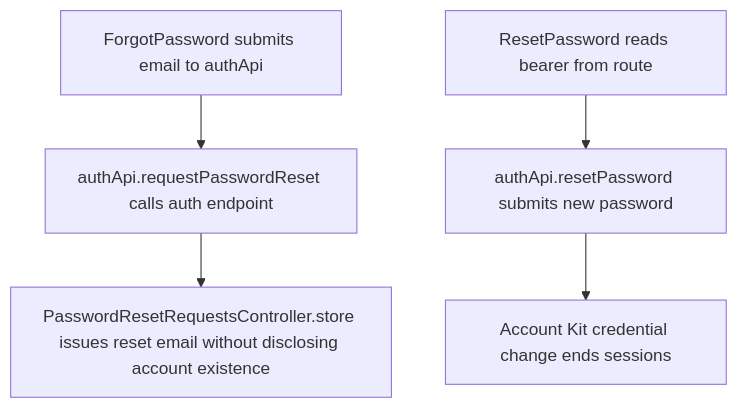
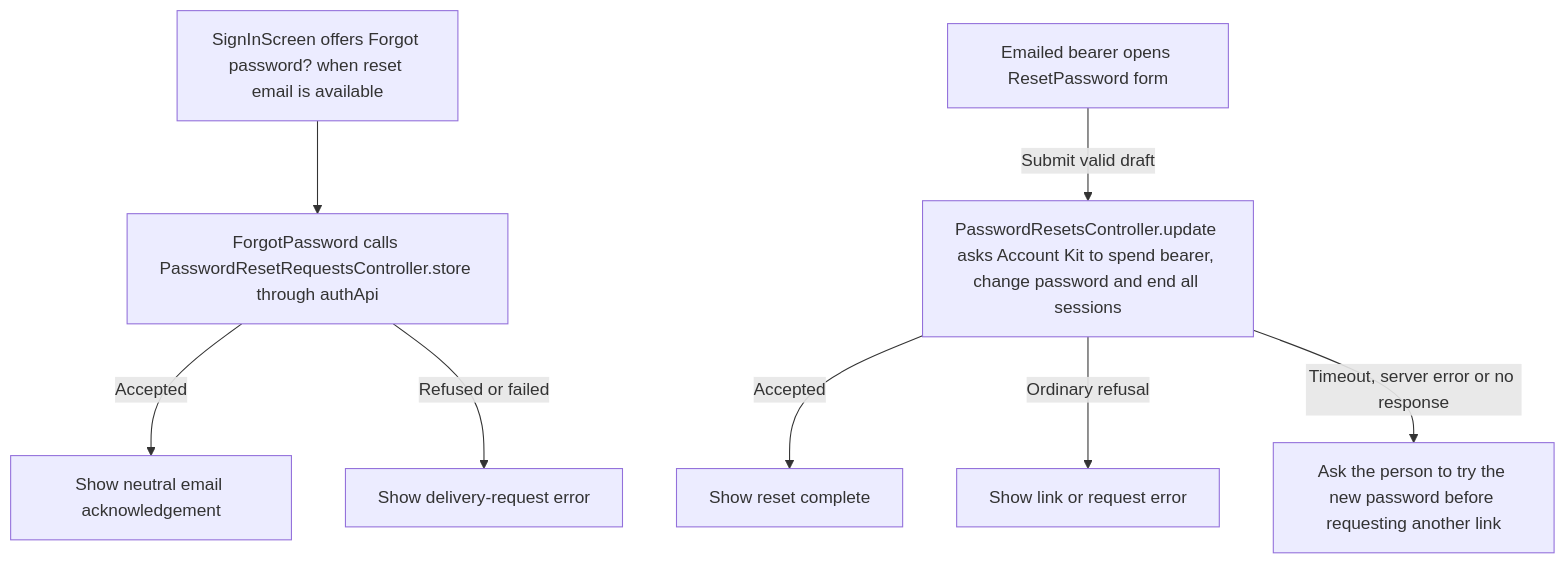
Before and after one commit to Kevinjohn/capacitylens: the second of 2 diagrams in user-stories/settings/US-SET-13-password-reset-links.md, drawn with Mermaid. The commit also changed other lines of this file and 172 other files, not shown here.

Commit message:
docs: reconcile user story code flows with source

````diff
--- a/user-stories/settings/US-SET-13-password-reset-links.md
+++ b/user-stories/settings/US-SET-13-password-reset-links.md
@@ -28,7 +28,10 @@
 ```mermaid
 flowchart TD
-  forgot["ForgotPassword submits email to authApi"] --> request["authApi.requestPasswordReset calls auth endpoint"]
-  request --> email["PasswordResetRequestsController.store issues reset email without disclosing account existence"]
-  link["ResetPassword reads bearer from route"] --> submit["authApi.resetPassword submits new password"]
-  submit --> session["Account Kit credential change ends sessions"]
+  entry["SignInScreen offers Forgot password? when reset email is available"] --> request["ForgotPassword calls PasswordResetRequestsController.store through authApi"]
+  request -->|Accepted| acknowledgement["Show neutral email acknowledgement"]
+  request -->|Refused or failed| error["Show delivery-request error"]
+  link["Emailed bearer opens ResetPassword form"] -->|Submit valid draft| apply["PasswordResetsController.update asks Account Kit to spend bearer, change password and end all sessions"]
+  apply -->|Accepted| done["Show reset complete"]
+  apply -->|Ordinary refusal| field["Show link or request error"]
+  apply -->|Timeout, server error or no response| check["Ask the person to try the new password before requesting another link"]
 ```
````
